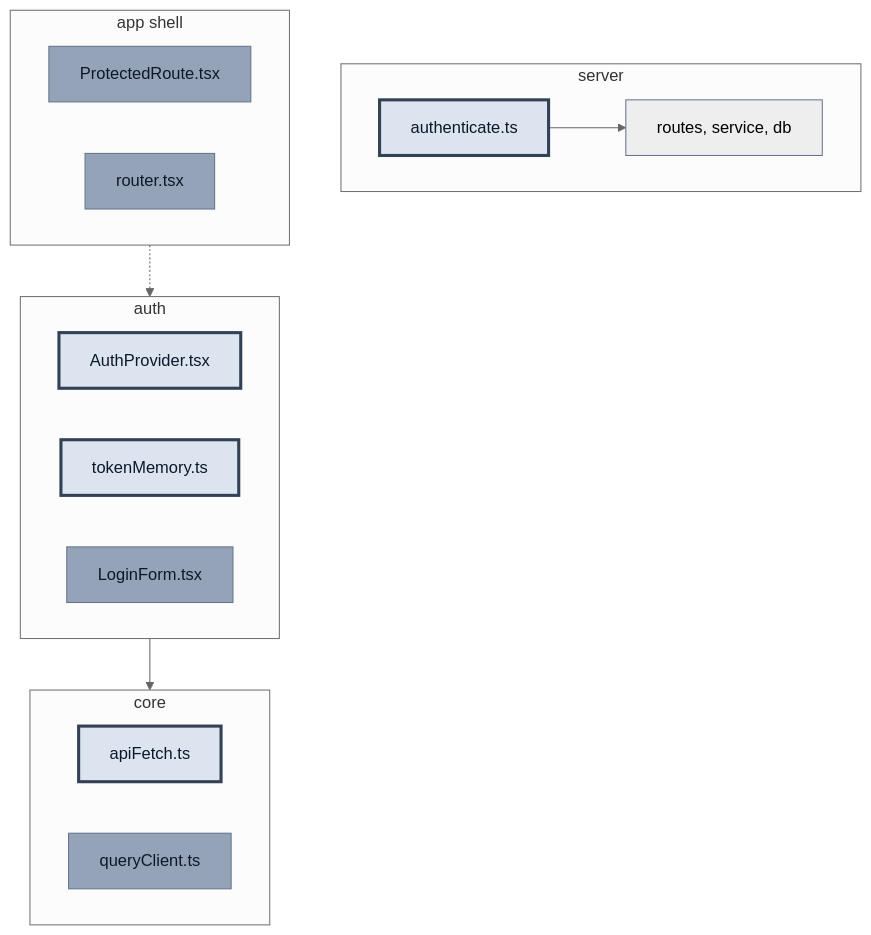
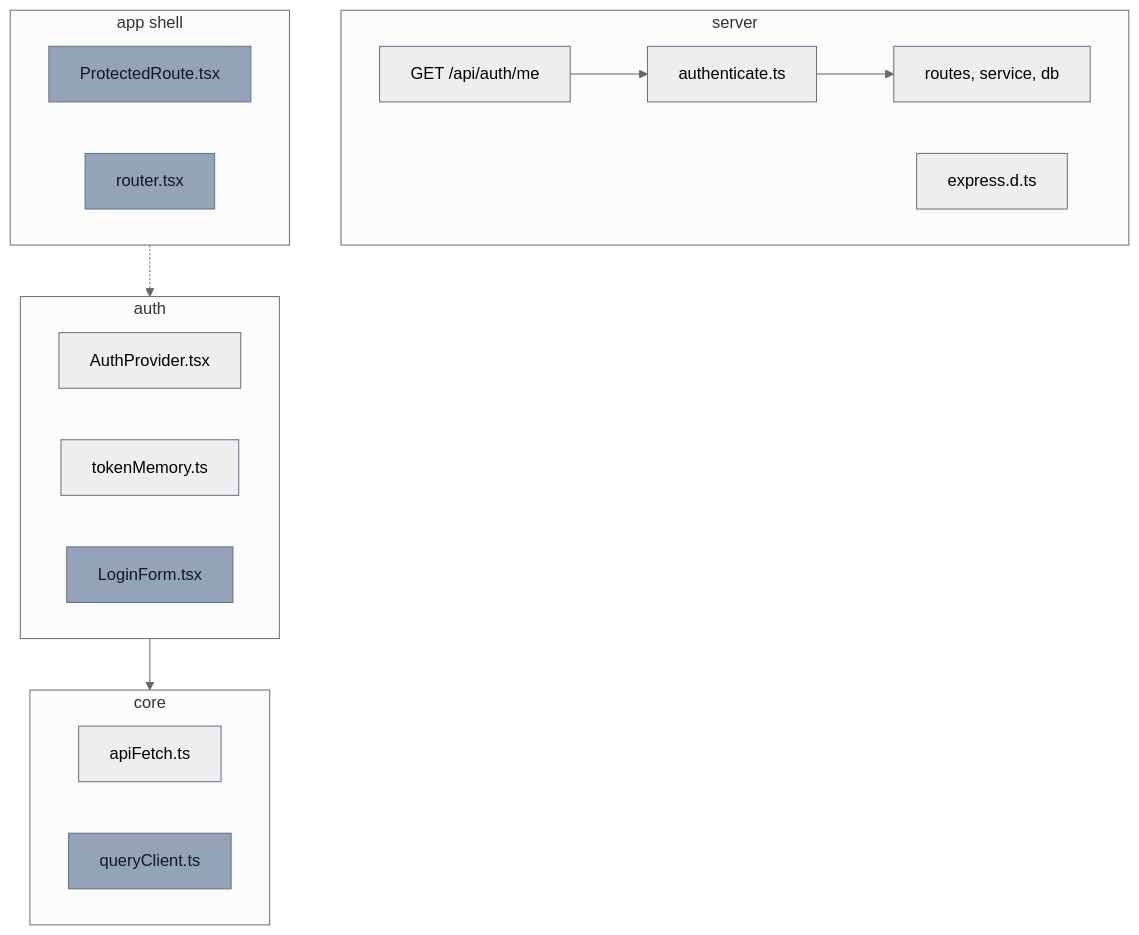
The third of 3 diagrams in docs/roadmap/auth/increments/US-2.2.1-client.md (vv0rkz/react-happy-news), drawn with Mermaid (neutral theme) before and after one commit. The commit also changed other lines of this file and 20 other files, not shown here.

First line of the commit message:
feat: #73 authenticate middleware + GET /api/auth/me

````diff
--- a/docs/roadmap/auth/increments/US-2.2.1-client.md
+++ b/docs/roadmap/auth/increments/US-2.2.1-client.md
@@ -45,31 +131,33 @@
 ```mermaid
 flowchart TB
   subgraph serverDone [server]
     srvCore["routes, service, db"]
+    expressDts["express.d.ts"]
     authenticate["authenticate.ts"]
+    authMe["GET /api/auth/me"]
   end
   subgraph coreMod [core]
     apiFetch["apiFetch.ts"]
     queryClient["queryClient.ts"]
   end
   subgraph authMod [auth]
     AuthProvider["AuthProvider.tsx"]
     tokenMemory["tokenMemory.ts"]
     LoginForm["LoginForm.tsx"]
   end
   subgraph appMod [app shell]
     ProtectedRoute["ProtectedRoute.tsx"]
     router["router.tsx"]
   end
   authMod --> coreMod
   authenticate --> srvCore
+  authMe --> authenticate
   appMod -.-> authMod
 
-  class srvCore phaseDone
-  class authenticate,apiFetch,AuthProvider,tokenMemory phaseActive
+  class srvCore,expressDts,authenticate,authMe,tokenMemory,apiFetch,AuthProvider phaseDone
   class queryClient,LoginForm,ProtectedRoute,router phaseLater
 
   classDef phaseDone stroke:#64748b,stroke-width:1px
   classDef phaseActive fill:#dce4ef,stroke:#334155,stroke-width:3px,color:#0f172a
   classDef phaseLater fill:#94a3b8,stroke:#64748b,stroke-width:1px,color:#0f172a
 ```
````
